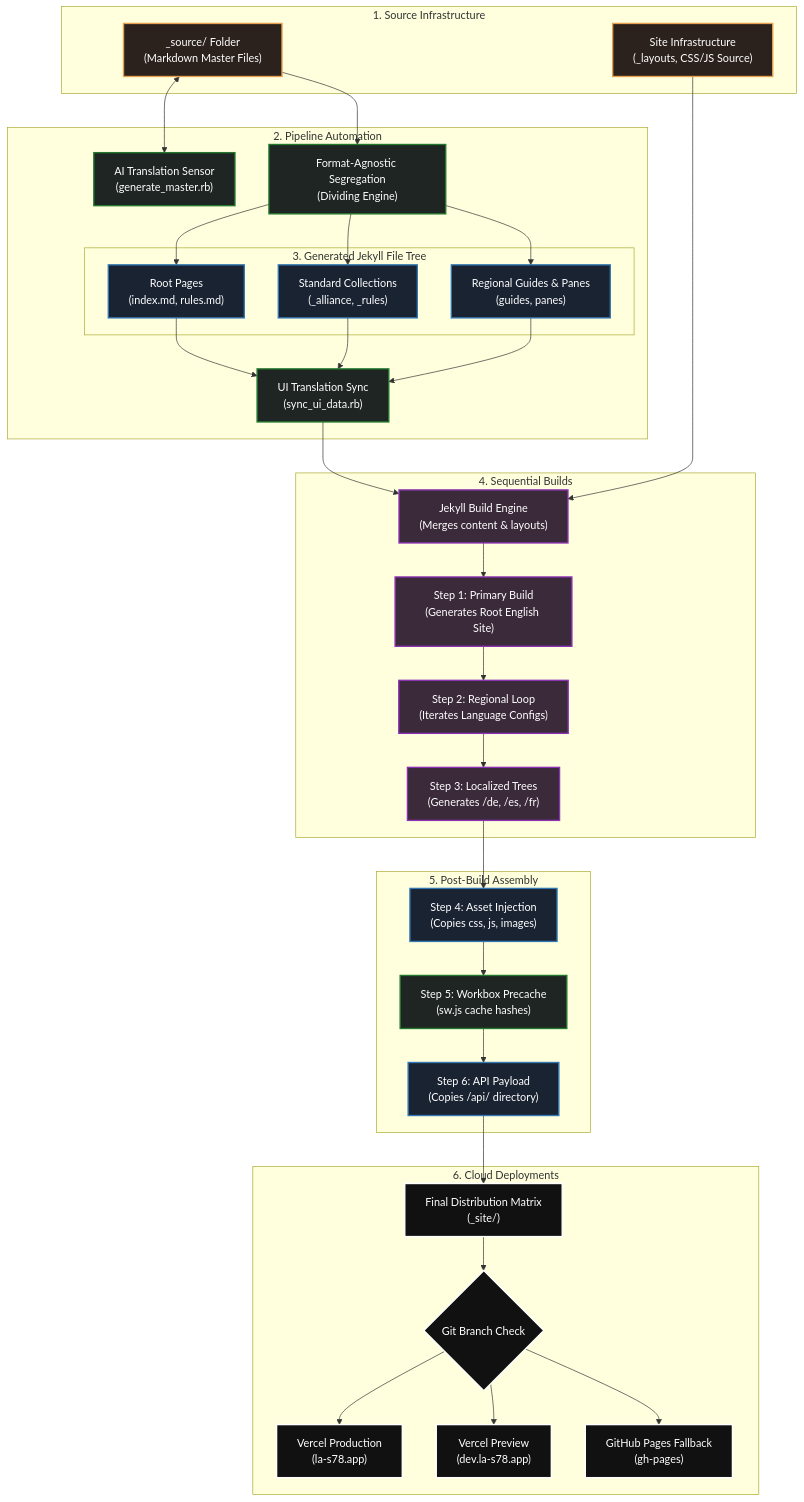
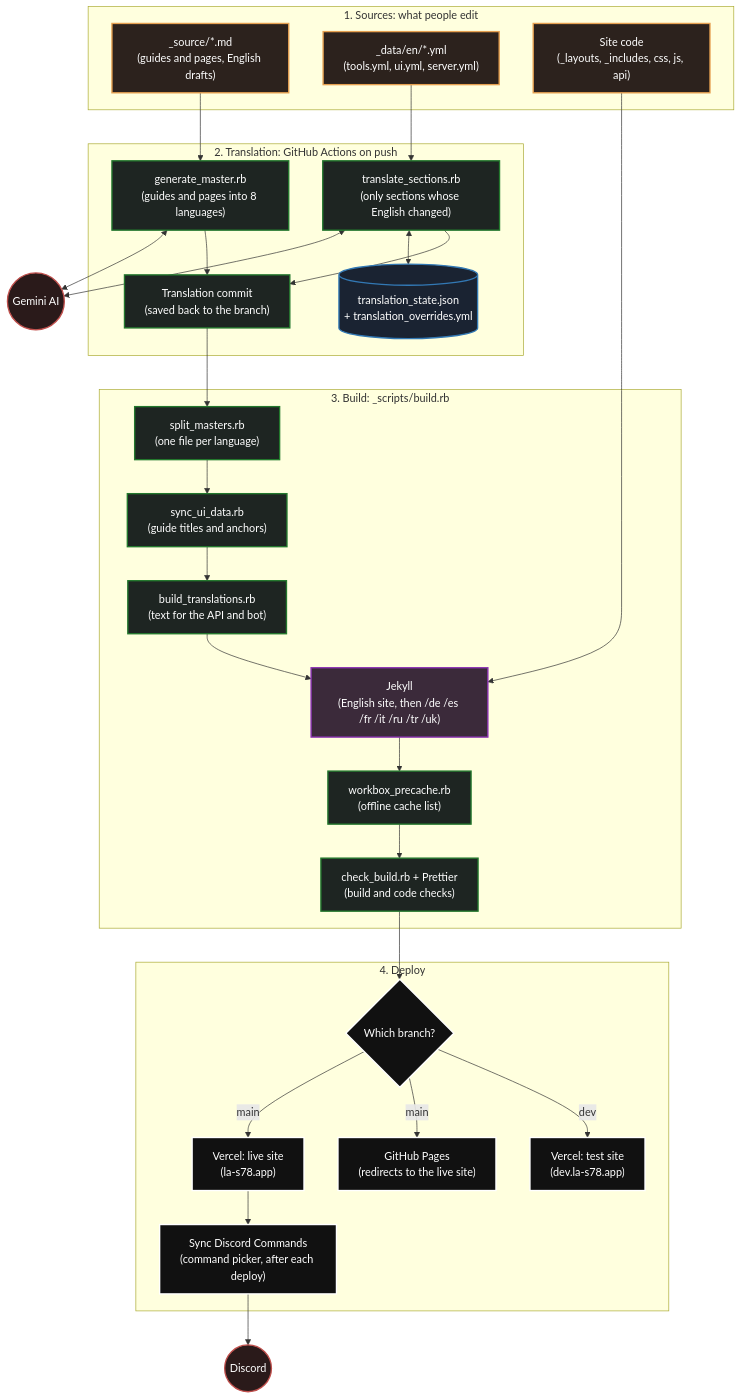
The first of 2 diagrams in test/architecture.md (LA-S78/la-s78.github.io), drawn with Mermaid before and after one commit. The commit also changed other lines of this file and 1 other file, not shown here.

First line of the commit message:
Update the architecture chart: build and live-site views

```diff
--- a/test/architecture.md
+++ b/test/architecture.md
@@ -10,80 +13,74 @@
   <pre class="mermaid">
     flowchart TD
     %% ===========================================================
-    %% 1. Source Infrastructure
+    %% 1. What people edit
     %% ===========================================================
-    subgraph Input_Phase [1. Source Infrastructure]
-        A1[" _source/ Folder<br>(Markdown Master Files) "]
-        A2[" Site Infrastructure<br>(_layouts, CSS/JS Source) "]
+    subgraph Sources [1. Sources: what people edit]
+        S1[" _source/*.md<br>(guides and pages, English drafts) "]
+        S2[" _data/en/*.yml<br>(tools.yml, ui.yml, server.yml) "]
+        S3[" Site code<br>(_layouts, _includes, css, js, api) "]
     end
 
     %% ===========================================================
-    %% 2 & 3. Pipeline Automation (With Nested File Tree)
+    %% 2. Translation (GitHub Actions, on every push)
     %% ===========================================================
-    subgraph Script_Engine [2. Pipeline Automation]
-        B[" AI Translation Sensor<br>(generate_master.rb) "]
-        C[" Format-Agnostic Segregation<br>(Dividing Engine) "]
-        
-        subgraph Asset_Tree [3. Generated Jekyll File Tree]
-            E1[" Root Pages<br>(index.md, rules.md) "]
-            E2[" Standard Collections<br>(_alliance, _rules) "]
-            E3[" Regional Guides & Panes<br>(guides, panes) "]
-        end
-        
-        D[" UI Translation Sync<br>(sync_ui_data.rb) "]
+    subgraph Translate [2. Translation: GitHub Actions on push]
+        T1[" generate_master.rb<br>(guides and pages into 8 languages) "]
+        T2[" translate_sections.rb<br>(only sections whose English changed) "]
+        T3[(" translation_state.json<br>+ translation_overrides.yml ")]
+        T4[" Translation commit<br>(saved back to the branch) "]
     end
 
     %% ===========================================================
-    %% 4. Compilation Loop
+    %% 3. Build (_scripts/build.rb)
     %% ===========================================================
-    subgraph Compilation_Loop [4. Sequential Builds]
-        F[" Jekyll Build Engine<br>(Merges content & layouts) "]
-        G[" Step 1: Primary Build<br>(Generates Root English Site) "]
-        H[" Step 2: Regional Loop<br>(Iterates Language Configs) "]
-        I[" Step 3: Localized Trees<br>(Generates /de, /es, /fr) "]
+    subgraph Build [3. Build: _scripts/build.rb]
+        B1[" split_masters.rb<br>(one file per language) "]
+        B2[" sync_ui_data.rb<br>(guide titles and anchors) "]
+        B3[" build_translations.rb<br>(text for the API and bot) "]
+        B4[" Jekyll<br>(English site, then /de /es /fr /it /ru /tr /uk) "]
+        B5[" workbox_precache.rb<br>(offline cache list) "]
+        B6[" check_build.rb + Prettier<br>(build and code checks) "]
     end
 
     %% ===========================================================
-    %% 5. Post-Build Assembly
+    %% 4. Deploy
     %% ===========================================================
-    subgraph Post_Processing [5. Post-Build Assembly]
-        J1[" Step 4: Asset Injection<br>(Copies css, js, images) "]
-        J3[" Step 5: Workbox Precache<br>(sw.js cache hashes) "]
-        J4[" Step 6: API Payload<br>(Copies /api/ directory) "]
+    subgraph Deploy [4. Deploy]
+        D1{" Which branch? "}
+        D2[" Vercel: live site<br>(la-s78.app) "]
+        D3[" Vercel: test site<br>(dev.la-s78.app) "]
+        D4[" GitHub Pages<br>(redirects to the live site) "]
+        D5[" Sync Discord Commands<br>(command picker, after each deploy) "]
     end
 
-    %% ===========================================================
-    %% 6. Cloud Deployments
-    %% ===========================================================
-    subgraph Cloud_Hosting [6. Cloud Deployments]
-        K[" Final Distribution Matrix<br>(_site/) "]
-        M{" Git Branch Check "}
-        N[" Vercel Production<br>(la-s78.app) "]
-        O[" Vercel Preview<br>(dev.la-s78.app) "]
-        P[" GitHub Pages Fallback<br>(gh-pages) "]
-    end
+    G((" Gemini AI "))
+    DC((" Discord "))
 
-    %% Connections
-    A1 <--> B
-    A1 --> C
-    C --> E1 & E2 & E3
-    E1 & E2 & E3 --> D
-    D --> F
-    A2 --> F
-    F --> G --> H --> I
-    I --> J1 --> J3 --> J4
-    J4 --> K --> M --> N & O & P
+    S1 --> T1
+    S2 --> T2
+    T1 <--> G
+    T2 <--> G
+    T2 <--> T3
+    T1 & T2 --> T4
+    T4 --> B1 --> B2 --> B3 --> B4 --> B5 --> B6
+    S3 --> B4
+    B6 --> D1
+    D1 -- main --> D2 & D4
+    D1 -- dev --> D3
+    D2 --> D5 --> DC
 
-    %% Classes (Original Block Colors)
     classDef source fill:#2c221d,stroke:#e6a050,stroke-width:2px,color:#fff;
     classDef script fill:#1e2522,stroke:#23782d,stroke-width:2px,color:#fff;
     classDef jekyll fill:#3b2a3a,stroke:#8c32b4,stroke-width:2px,color:#fff;
     classDef asset fill:#1a2332,stroke:#3278b4,stroke-width:2px,color:#fff;
     classDef deploy fill:#111,stroke:#fff,stroke-width:2px,color:#fff;
+    classDef outside fill:#2a1a1a,stroke:#c0504d,stroke-width:2px,color:#fff;
 
-    class A1,A2 source;
-    class B,C,D,J3 script;
-    class F,G,H,I jekyll;
-    class E1,E2,E3,J1,J4 asset;
-    class K,M,N,O,P deploy;
+    class S1,S2,S3 source;
+    class T1,T2,T4,B1,B2,B3,B5,B6 script;
+    class T3 asset;
+    class B4 jekyll;
+    class D1,D2,D3,D4,D5 deploy;
+    class G,DC outside;
   </pre>
```
